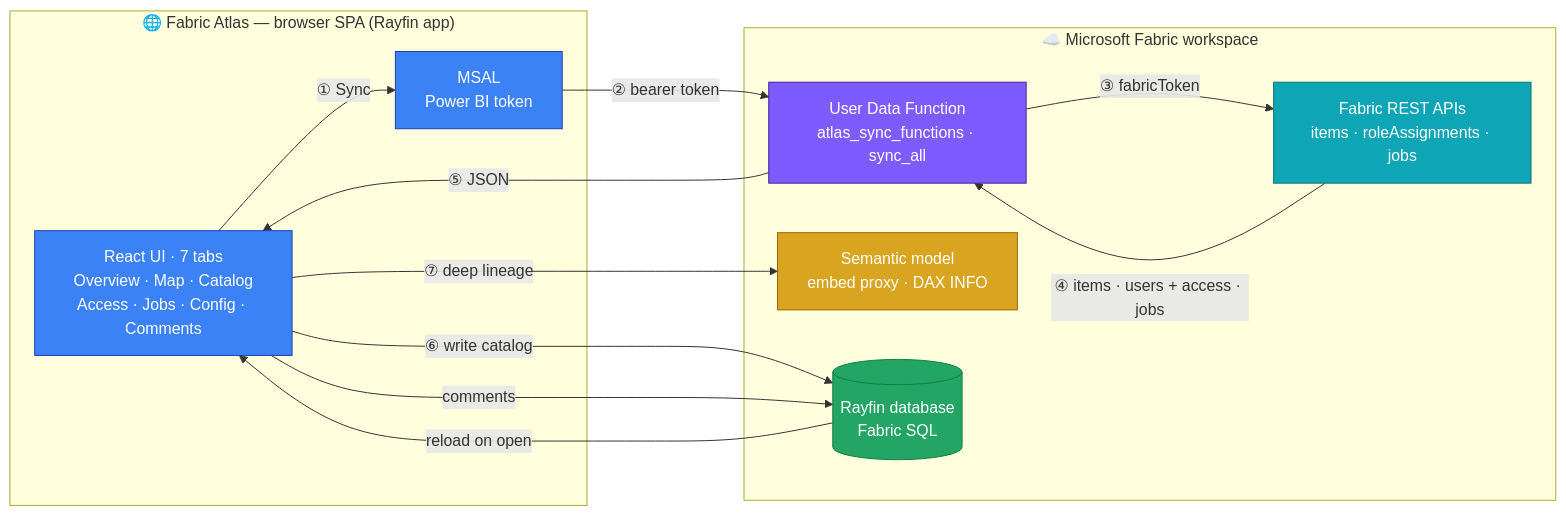
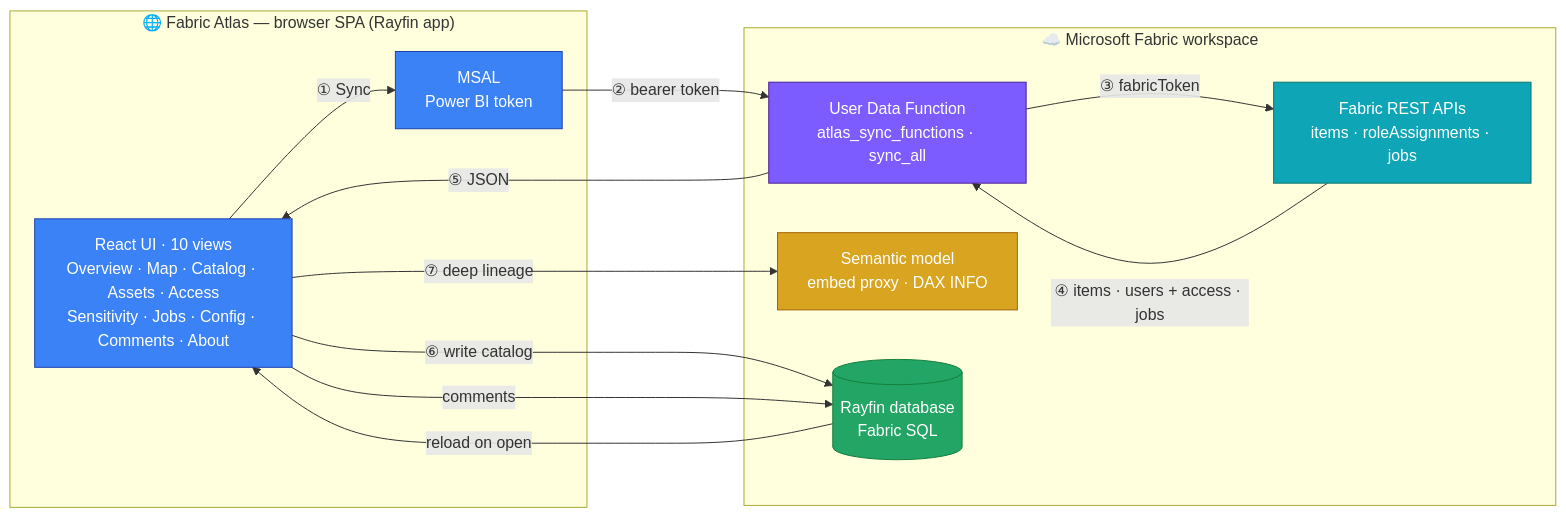
One commit to fredgis/FabricAtlas changed the diagram in README.md. Above: the diagram before and after it, drawn with Mermaid. The commit also changed other lines of this file and 25 other files, not shown here.

````diff
--- a/README.md
+++ b/README.md
@@ -129,36 +144,36 @@
 ```mermaid
 flowchart LR
   subgraph B["🌐 Fabric Atlas — browser SPA (Rayfin app)"]
-    UI["React UI · 7 tabs<br/>Overview · Map · Catalog<br/>Access · Jobs · Config · Comments"]
+    UI["React UI · 10 views<br/>Overview · Map · Catalog · Assets · Access<br/>Sensitivity · Jobs · Config · Comments · About"]
     MSAL["MSAL<br/>Power BI token"]
   end
 
   subgraph F["☁️ Microsoft Fabric workspace"]
     UDF["User Data Function<br/>atlas_sync_functions · sync_all"]
     REST["Fabric REST APIs<br/>items · roleAssignments · jobs"]
     SM["Semantic model<br/>embed proxy · DAX INFO"]
     DB[("Rayfin database<br/>Fabric SQL")]
   end
 
   UI -- "① Sync" --> MSAL
   MSAL -- "② bearer token" --> UDF
   UDF -- "③ fabricToken" --> REST
   REST -- "④ items · users + access · jobs" --> UDF
   UDF -- "⑤ JSON" --> UI
   UI -- "⑥ write catalog" --> DB
   UI -- "⑦ deep lineage" --> SM
   UI -- "comments" --> DB
   DB -- "reload on open" --> UI
 
   classDef browser fill:#3b82f6,stroke:#1e40af,color:#fff;
   classDef udf fill:#7c5cff,stroke:#4c1d95,color:#fff;
   classDef rest fill:#0ea5b7,stroke:#0f766e,color:#fff;
   classDef db fill:#22a565,stroke:#15803d,color:#fff;
   classDef sm fill:#d9a520,stroke:#a16207,color:#fff;
 
   class UI,MSAL browser;
   class UDF udf;
   class REST rest;
   class DB db;
   class SM sm;
 ```
````
